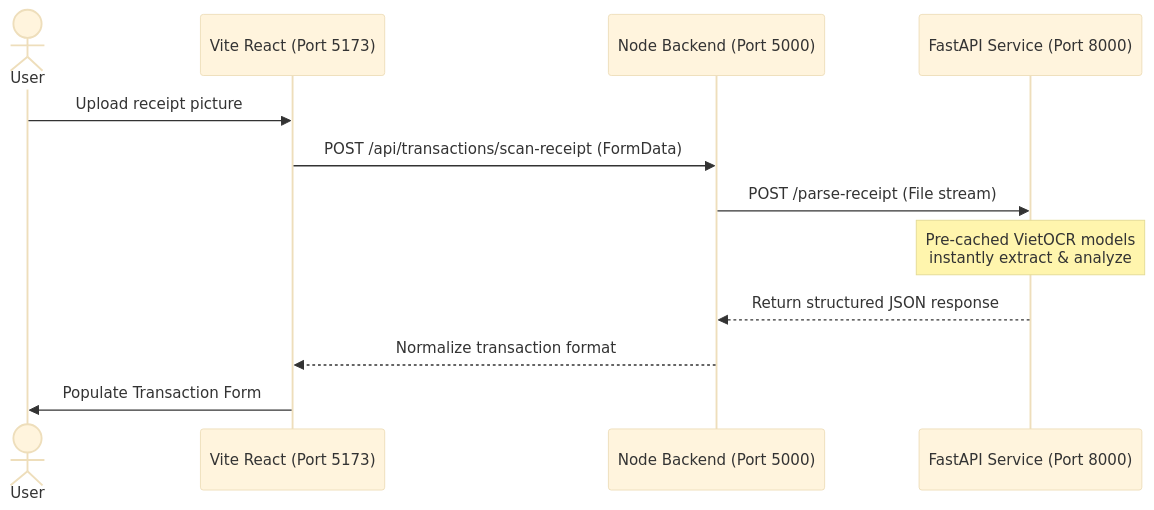
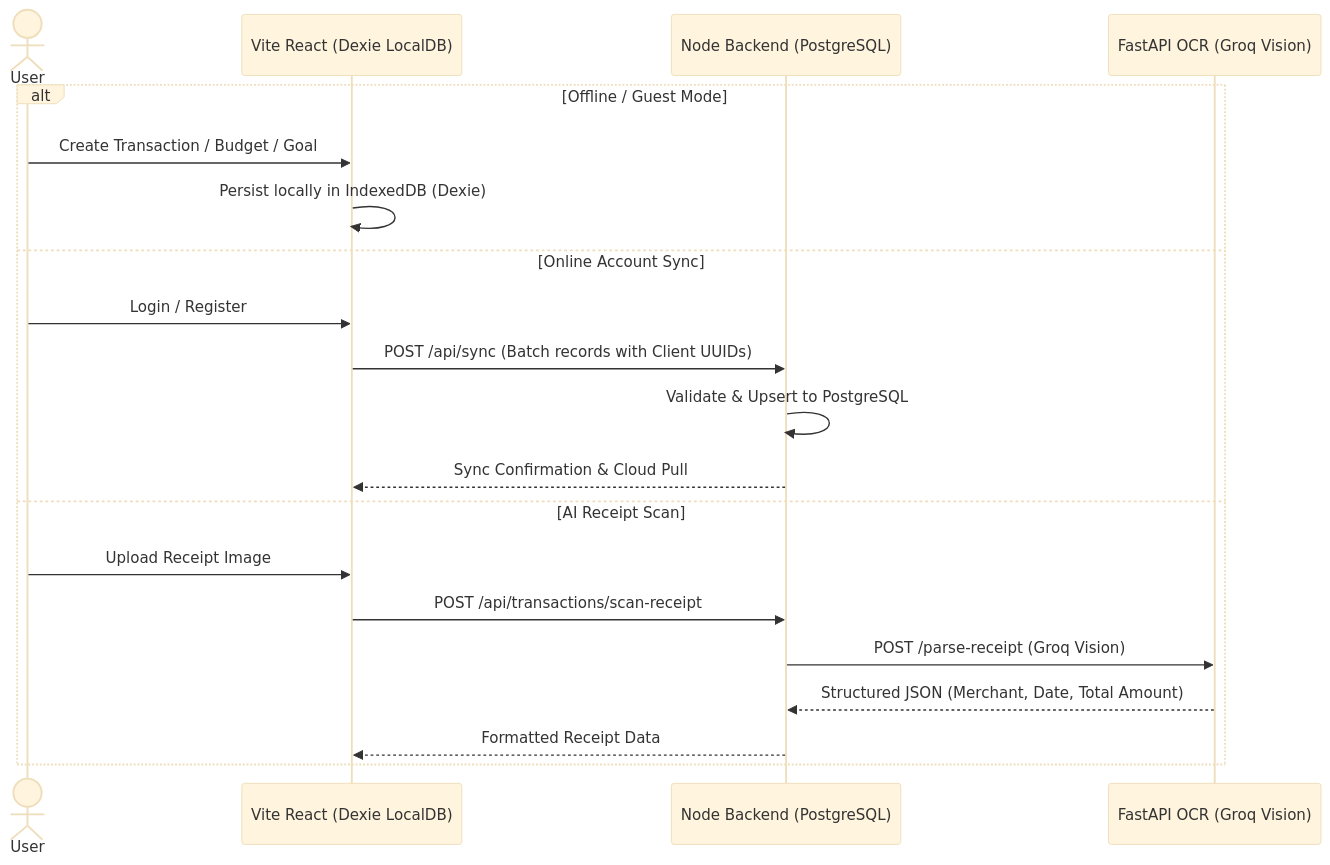
Before and after one commit to TunaFishSlayer/Saving_Helper: the diagram in README.md, drawn with Mermaid (base theme). The commit also changed other lines of this file, not shown here.

````diff
--- a/README.md
+++ b/README.md
@@ -76,15 +117,23 @@
 ```mermaid
 sequenceDiagram
     actor User
-    participant Client as Vite React (Port 5173)
-    participant Server as Node Backend (Port 5000)
-    participant AI as FastAPI Service (Port 8000)
+    participant Client as Vite React (Dexie LocalDB)
+    participant Server as Node Backend (PostgreSQL)
+    participant AI as FastAPI OCR (Groq Vision)
 
-    User->>Client: Upload receipt picture
-    Client->>Server: POST /api/transactions/scan-receipt (FormData)
-    Server->>AI: POST /parse-receipt (File stream)
-    Note over AI: Pre-cached VietOCR models<br/>instantly extract & analyze
-    AI-->>Server: Return structured JSON response
-    Server-->>Client: Normalize transaction format
-    Client->>User: Populate Transaction Form
+    alt Offline / Guest Mode
+        User->>Client: Create Transaction / Budget / Goal
+        Client->>Client: Persist locally in IndexedDB (Dexie)
+    else Online Account Sync
+        User->>Client: Login / Register
+        Client->>Server: POST /api/sync (Batch records with Client UUIDs)
+        Server->>Server: Validate & Upsert to PostgreSQL
+        Server-->>Client: Sync Confirmation & Cloud Pull
+    else AI Receipt Scan
+        User->>Client: Upload Receipt Image
+        Client->>Server: POST /api/transactions/scan-receipt
+        Server->>AI: POST /parse-receipt (Groq Vision)
+        AI-->>Server: Structured JSON (Merchant, Date, Total Amount)
+        Server-->>Client: Formatted Receipt Data
+    end
 ```
````
